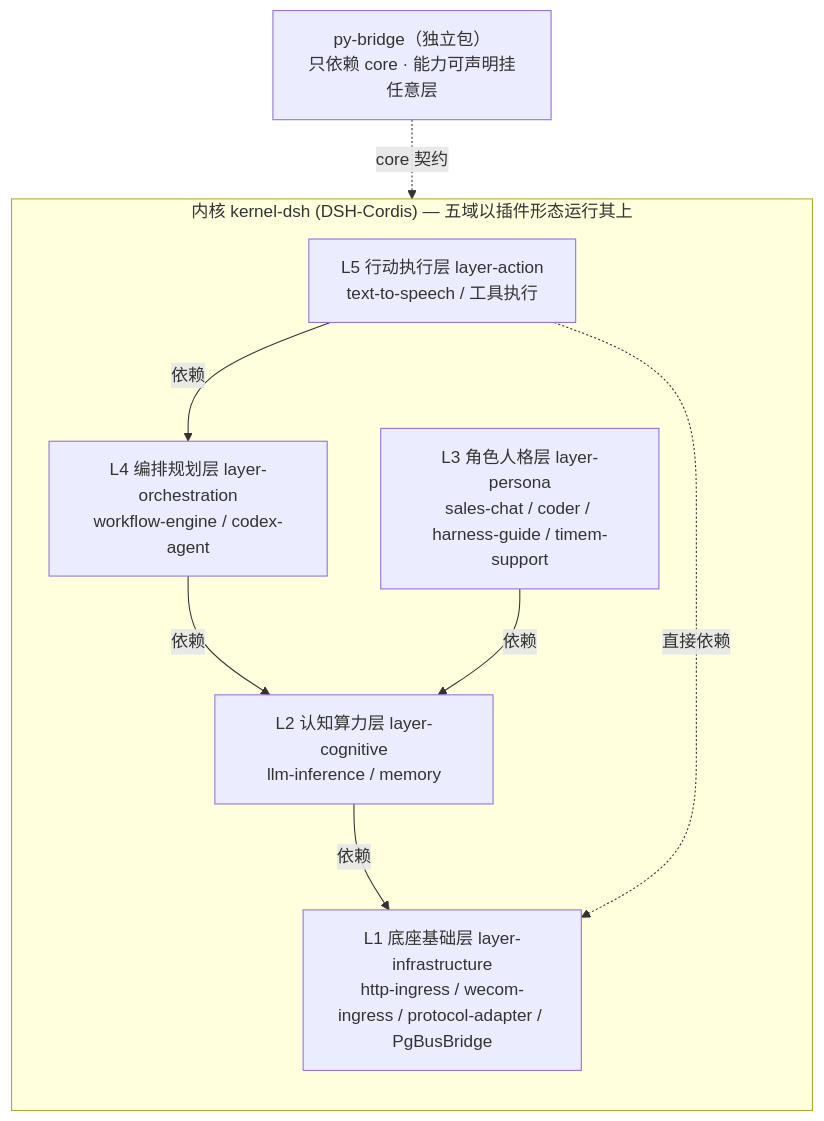
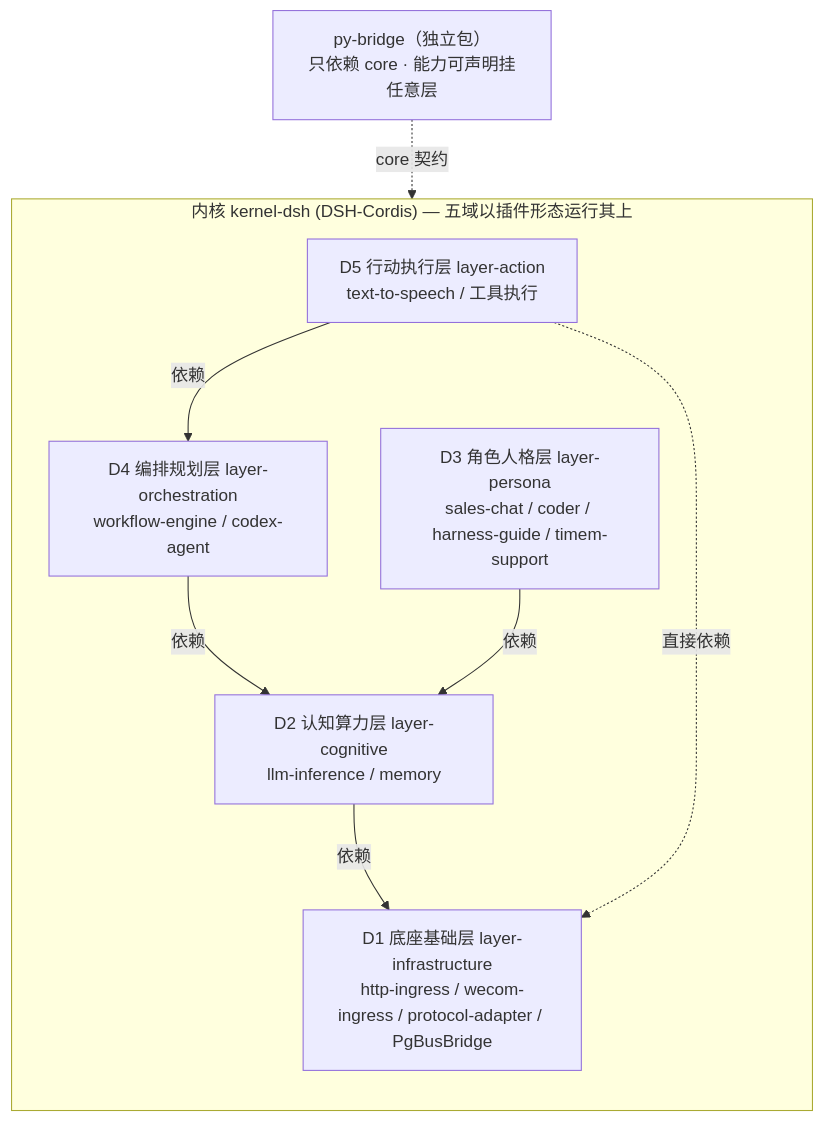
One commit to AIGility-Cloud-Innovation/aigility-harness changed the second of 2 diagrams in README.md. Above: the diagram before and after it, drawn with Mermaid. The commit also changed other lines of this file, not shown here.

Commit message:
docs(readme): L1-L5 改号 D1-D5（Layer→Domain 与五域定名对齐）；代码 layer-* 保留为历史命名并在3.1注明对应关系

````diff
--- a/README.md
+++ b/README.md
@@ -103,18 +103,18 @@
 ```mermaid
 flowchart TB
     subgraph KERNEL["内核 kernel-dsh (DSH-Cordis) — 五域以插件形态运行其上"]
         direction TB
-        L5["L5 行动执行层 layer-action<br/>text-to-speech / 工具执行"]
-        L4["L4 编排规划层 layer-orchestration<br/>workflow-engine / codex-agent"]
-        L3["L3 角色人格层 layer-persona<br/>sales-chat / coder / harness-guide / timem-support"]
-        L2["L2 认知算力层 layer-cognitive<br/>llm-inference / memory"]
-        L1["L1 底座基础层 layer-infrastructure<br/>http-ingress / wecom-ingress / protocol-adapter / PgBusBridge"]
-        L5 -->|依赖| L4
-        L4 -->|依赖| L2
-        L3 -->|依赖| L2
-        L2 -->|依赖| L1
-        L5 -.->|直接依赖| L1
+        D5["D5 行动执行层 layer-action<br/>text-to-speech / 工具执行"]
+        D4["D4 编排规划层 layer-orchestration<br/>workflow-engine / codex-agent"]
+        D3["D3 角色人格层 layer-persona<br/>sales-chat / coder / harness-guide / timem-support"]
+        D2["D2 认知算力层 layer-cognitive<br/>llm-inference / memory"]
+        D1["D1 底座基础层 layer-infrastructure<br/>http-ingress / wecom-ingress / protocol-adapter / PgBusBridge"]
+        D5 -->|依赖| D4
+        D4 -->|依赖| D2
+        D3 -->|依赖| D2
+        D2 -->|依赖| D1
+        D5 -.->|直接依赖| D1
     end
     PYB["py-bridge（独立包）<br/>只依赖 core · 能力可声明挂任意层"]
     PYB -.->|core 契约| KERNEL
 ```
````
